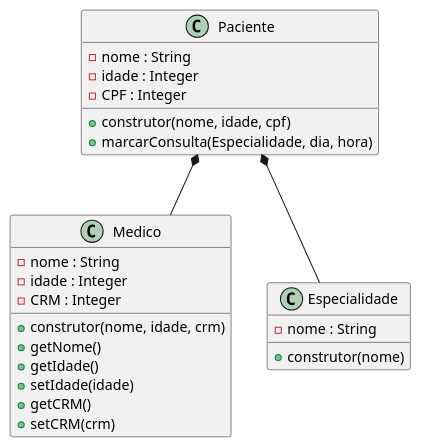
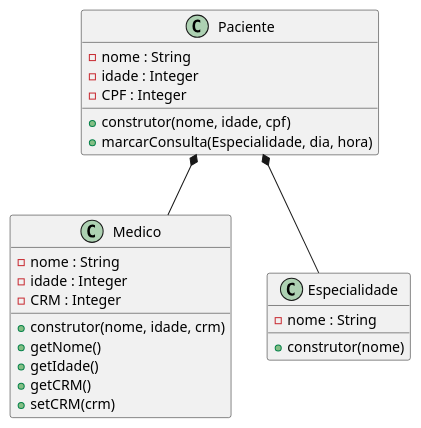
One commit to anleaes/2022-1-N2-POO-03 changed the diagram in diagrama.plantuml. Above: the diagram before and after it, drawn with PlantUML.

Commit message:
tirado setIdade da classe medico

```diff
--- a/diagrama.plantuml
+++ b/diagrama.plantuml
@@ -1,31 +1,30 @@
 @startuml Gerenciamento de Exames Medicos
 
     class Paciente{
         - nome : String
         - idade : Integer
         - CPF : Integer
         + construtor(nome, idade, cpf)
         + marcarConsulta(Especialidade, dia, hora)
     }
 
     class Medico{
         - nome : String
         - idade : Integer
         - CRM : Integer
         + construtor(nome, idade, crm)
         + getNome()
         + getIdade()
-        + setIdade(idade)
         + getCRM()
         + setCRM(crm)
     }
 
     class Especialidade{
         - nome : String
         + construtor(nome)
     }
 
     Paciente *-- Medico
     Paciente *-- Especialidade
 
 @enduml
```
